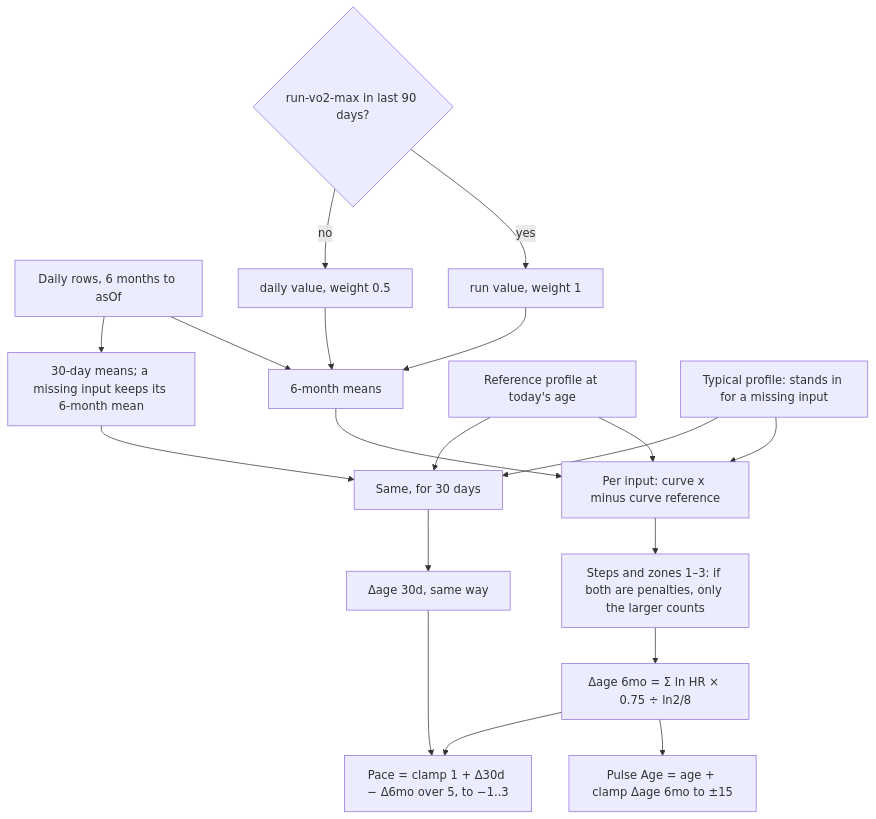
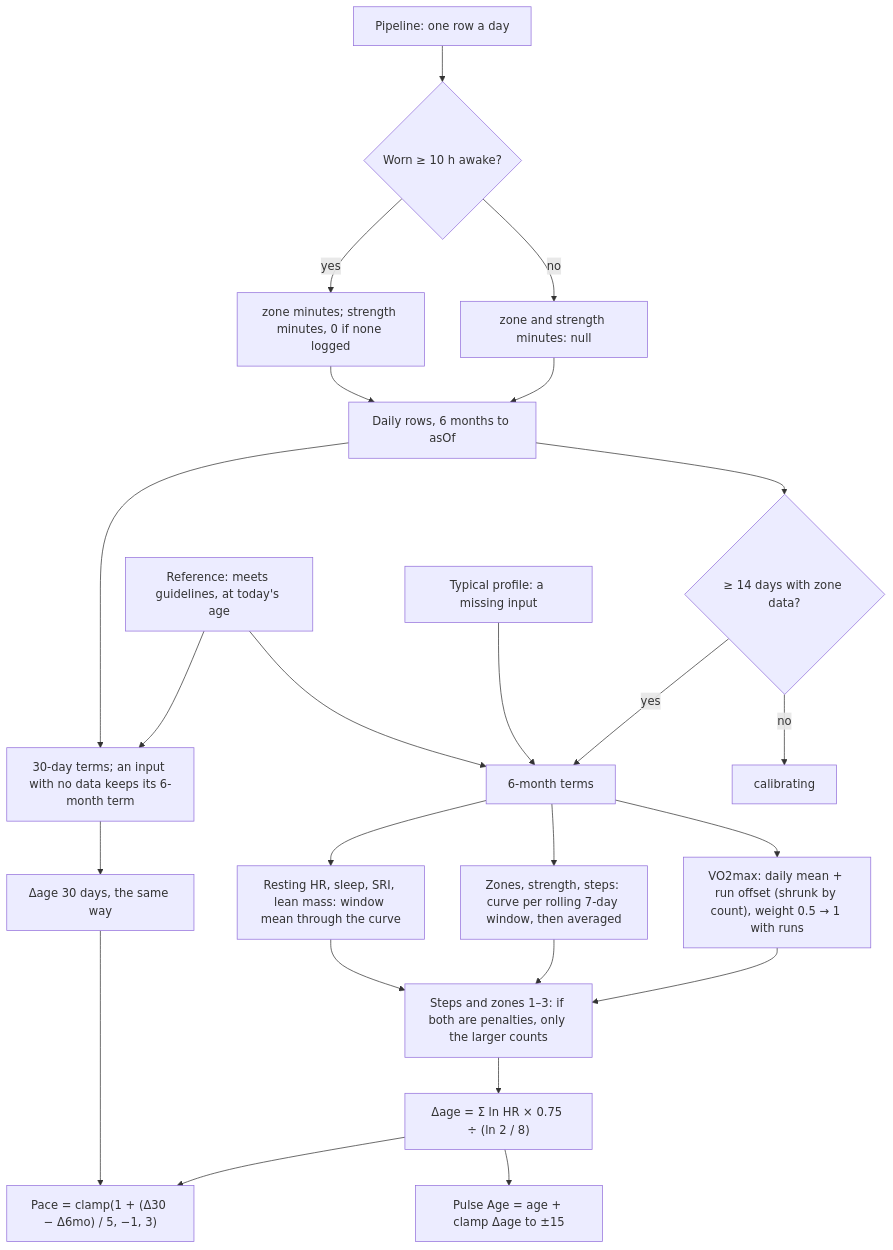
Before and after one commit to RohitDhatrak/pulse: the diagram in docs/algorithms/healthspan.md, drawn with Mermaid. The commit also changed other lines of this file and 16 other files, not shown here.

````diff
--- a/docs/algorithms/healthspan.md
+++ b/docs/algorithms/healthspan.md
@@ -9,21 +29,26 @@
 ```mermaid
 flowchart TB
-  D[Daily rows, 6 months to asOf] --> S6[6-month means]
-  D --> S30[30-day means; a missing input keeps its 6-month mean]
-  V{run-vo2-max in last 90 days?} -->|yes| VR[run value, weight 1]
-  V -->|no| VD[daily value, weight 0.5]
-  VR --> S6
-  VD --> S6
-  S6 --> C6[Per input: curve x minus curve reference]
-  S30 --> C30[Same, for 30 days]
-  R[Reference profile at today's age] --> C6
-  R --> C30
-  T[Typical profile: stands in for a missing input] --> C6
-  T --> C30
-  C6 --> OV[Steps and zones 1–3: if both are penalties, only the larger counts]
-  OV --> A6[Δage 6mo = Σ ln HR × 0.75 ÷ ln2/8]
-  C30 --> A30[Δage 30d, same way]
-  A6 --> WA[Pulse Age = age + clamp Δage 6mo to ±15]
-  A6 --> P[Pace = clamp 1 + Δ30d − Δ6mo over 5, to −1..3]
-  A30 --> P
+  P[Pipeline: one row a day] --> W{"Worn ≥ 10 h awake?"}
+  W -->|no| N["zone and strength minutes: null"]
+  W -->|yes| Y[zone minutes; strength minutes, 0 if none logged]
+  N --> D[Daily rows, 6 months to asOf]
+  Y --> D
+  D --> G{"≥ 14 days with zone data?"}
+  G -->|no| C[calibrating]
+  G -->|yes| T6[6-month terms]
+  D --> T30[30-day terms; an input with no data keeps its 6-month term]
+  T6 --> V["VO2max: daily mean + run offset (shrunk by count), weight 0.5 → 1 with runs"]
+  T6 --> A["Zones, strength, steps: curve per rolling 7-day window, then averaged"]
+  T6 --> O["Resting HR, sleep, SRI, lean mass: window mean through the curve"]
+  R[Reference: meets guidelines, at today's age] --> T6
+  R --> T30
+  TP[Typical profile: a missing input] --> T6
+  V --> OV
+  A --> OV[Steps and zones 1–3: if both are penalties, only the larger counts]
+  O --> OV
+  OV --> A6["Δage = Σ ln HR × 0.75 ÷ (ln 2 / 8)"]
+  T30 --> A30[Δage 30 days, the same way]
+  A6 --> PA[Pulse Age = age + clamp Δage to ±15]
+  A6 --> PACE["Pace = clamp(1 + (Δ30 − Δ6mo) / 5, −1, 3)"]
+  A30 --> PACE
 ```
````
